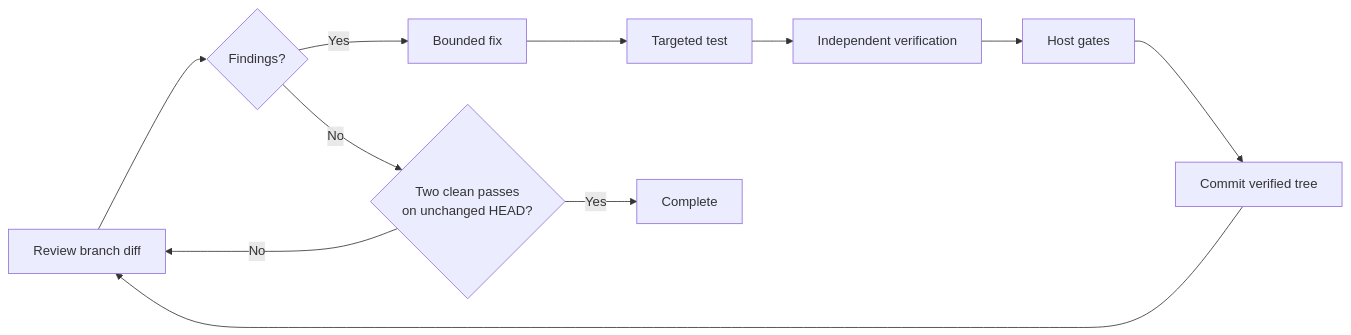
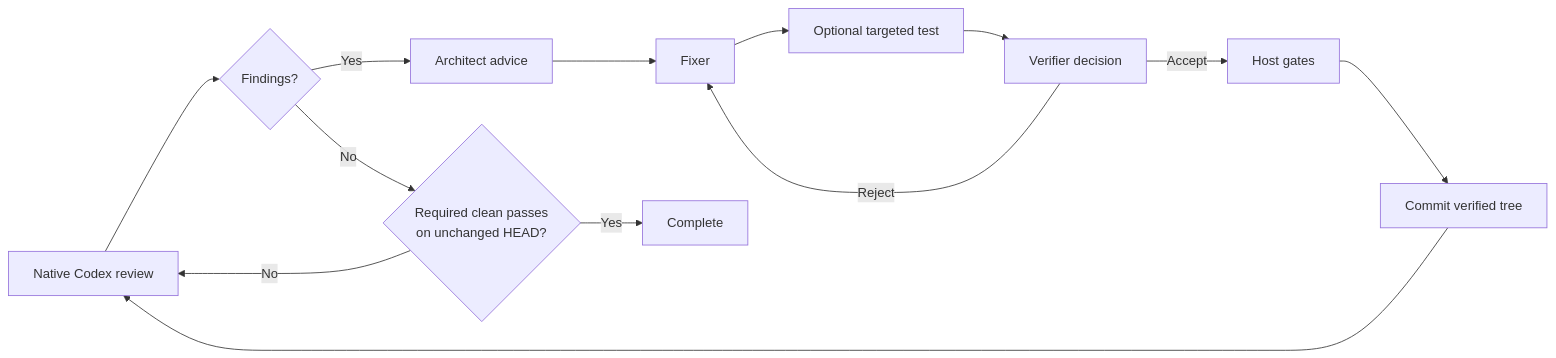
Before and after one commit to InnerLive/CodexReviewLoop: the diagram in docs/how-it-works.md, drawn with Mermaid. The commit also changed other lines of this file and 28 other files, not shown here.

````diff
--- a/docs/how-it-works.md
+++ b/docs/how-it-works.md
@@ -12,13 +10,15 @@
 ```mermaid
 flowchart LR
-    review[Review branch diff] --> findings{Findings?}
-    findings -- Yes --> fix[Bounded fix]
-    fix --> test[Targeted test]
-    test --> verify[Independent verification]
-    verify --> gates[Host gates]
+    review[Native Codex review] --> findings{Findings?}
+    findings -- Yes --> architect[Architect advice]
+    architect --> fix[Fixer]
+    fix --> test[Optional targeted test]
+    test --> verify[Verifier decision]
+    verify -- Reject --> fix
+    verify -- Accept --> gates[Host gates]
     gates --> commit[Commit verified tree]
     commit --> review
-    findings -- No --> clean{Two clean passes<br/>on unchanged HEAD?}
+    findings -- No --> clean{Required clean passes<br/>on unchanged HEAD?}
     clean -- No --> review
     clean -- Yes --> done[Complete]
 ```
````
